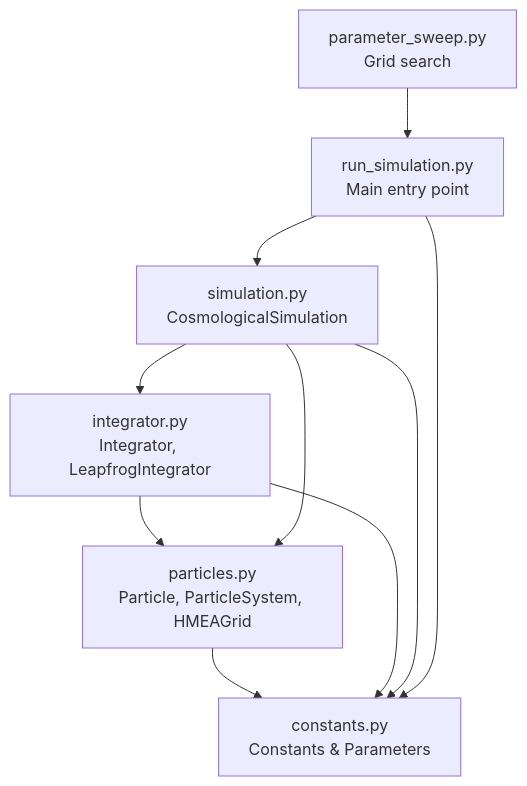
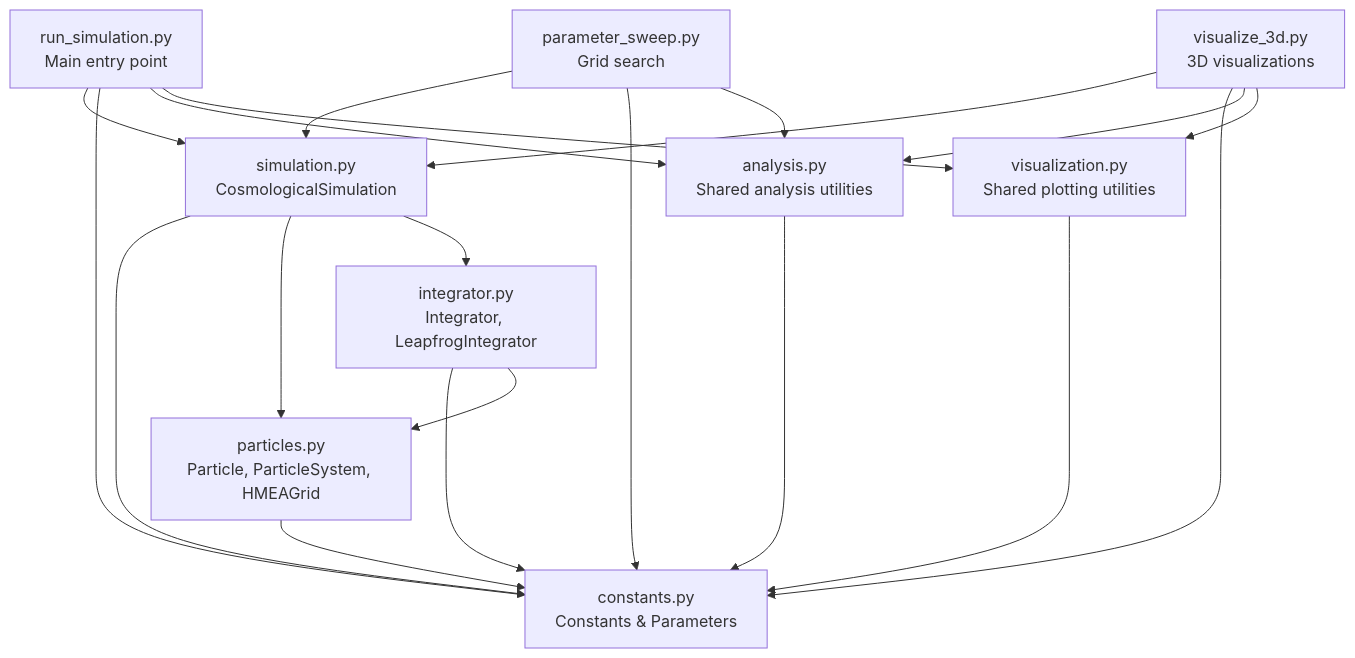
Before and after one commit to MartinGamsby/ProgenitorNodeModelCosmology: the diagram in lode/architecture/module-structure.md, drawn with Mermaid. The commit also changed other lines of this file and 10 other files, not shown here.

````diff
--- a/lode/architecture/module-structure.md
+++ b/lode/architecture/module-structure.md
@@ -5,19 +5,32 @@
 ```mermaid
 graph TD
     constants[constants.py<br/>Constants & Parameters]
     particles[particles.py<br/>Particle, ParticleSystem, HMEAGrid]
     integrator[integrator.py<br/>Integrator, LeapfrogIntegrator]
     simulation[simulation.py<br/>CosmologicalSimulation]
+    analysis[analysis.py<br/>Shared analysis utilities]
+    viz[visualization.py<br/>Shared plotting utilities]
     run[run_simulation.py<br/>Main entry point]
     sweep[parameter_sweep.py<br/>Grid search]
+    viz3d[visualize_3d.py<br/>3D visualizations]
 
     particles --> constants
     integrator --> constants
     integrator --> particles
     simulation --> constants
     simulation --> particles
     simulation --> integrator
+    analysis --> constants
+    viz --> constants
     run --> simulation
     run --> constants
-    sweep --> run
+    run --> analysis
+    run --> viz
+    sweep --> simulation
+    sweep --> constants
+    sweep --> analysis
+    viz3d --> simulation
+    viz3d --> constants
+    viz3d --> analysis
+    viz3d --> viz
 ```
````
